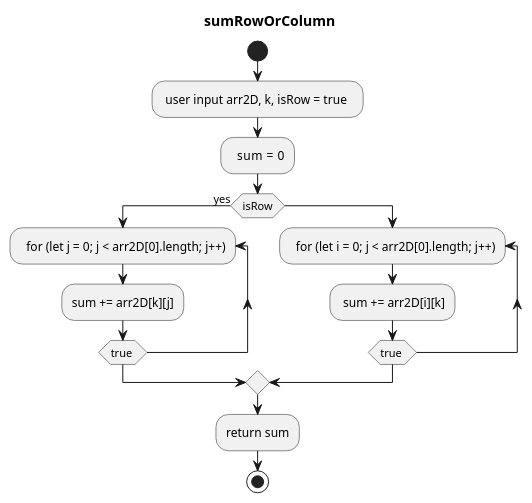
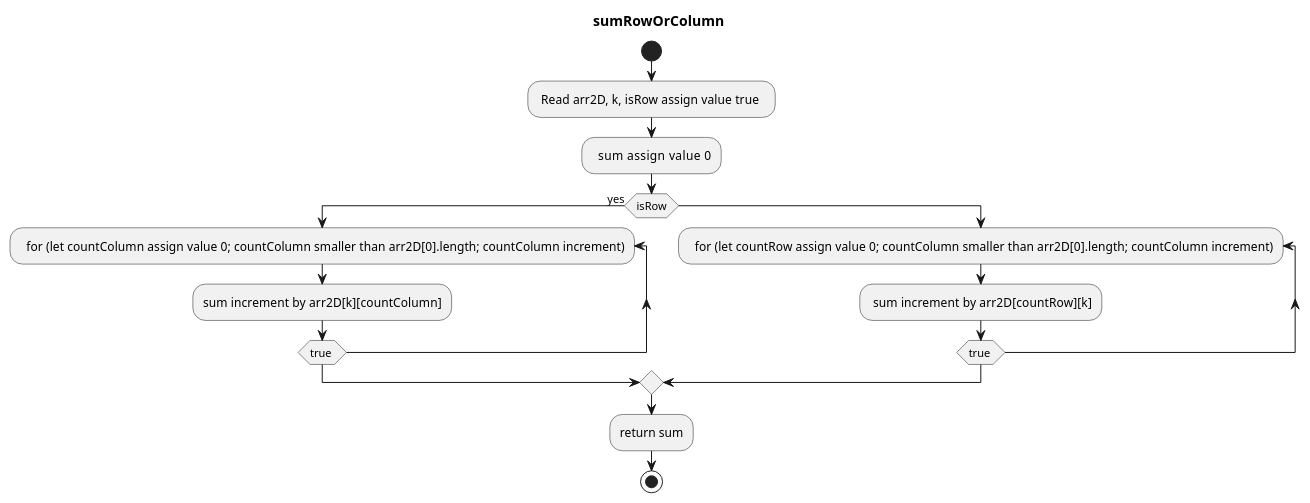
One commit to codingPhuc/B-i-t-p-nh-p-m-n-l-p-tr-nh changed the diagram in diagram/12c.wsd. Above: the diagram before and after it, drawn with PlantUML. The commit also changed 102 other files, not shown here.

```diff
--- a/diagram/12c.wsd
+++ b/diagram/12c.wsd
@@ -2,18 +2,18 @@
 @startuml  sumRowOrColumn
 title  sumRowOrColumn
 start
-: user input arr2D, k, isRow = true  ;
-:  sum =  0;
+: Read arr2D, k, isRow assign value  true  ;
+:  sum assign value   0;
 if (isRow) then (yes)  
-repeat:  for (let j = 0; j < arr2D[0].length; j++)
- :sum += arr2D[k][j]; 
+repeat:  for (let countColumn assign value  0; countColumn smaller than  arr2D[0].length; countColumn increment)
+ :sum increment by  arr2D[k][countColumn]; 
 repeat  while(true )
 else 
-repeat:  for (let i = 0; j < arr2D[0].length; j++)
-: sum += arr2D[i][k]; 
+repeat:  for (let countRow assign value  0; countColumn smaller than  arr2D[0].length; countColumn increment)
+: sum increment by  arr2D[countRow][k]; 
 repeat  while(true )
 endif 
  :return sum;
 stop
 
 @enduml
```
